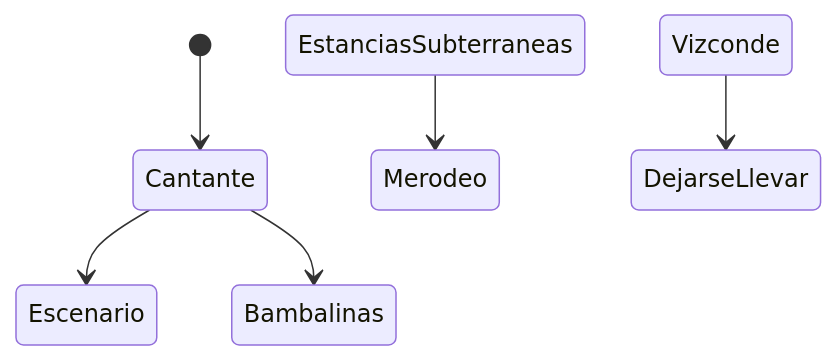
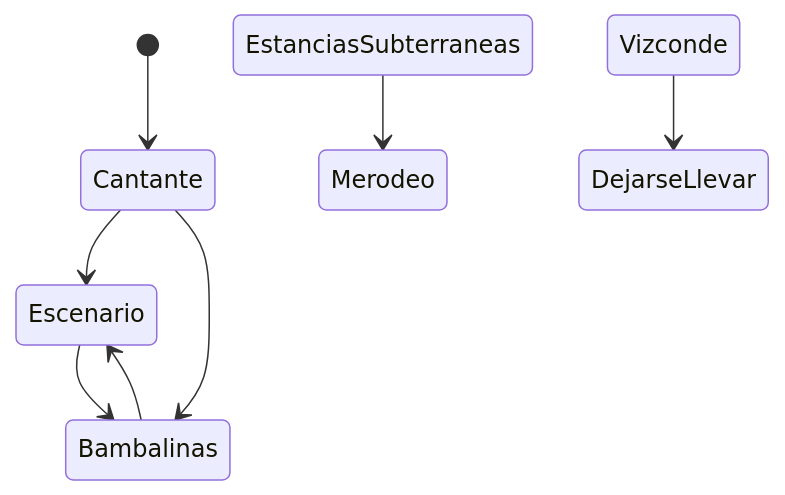
Before and after one commit to IAV23-G04/IAV23-G04-P3: the second of 3 diagrams in README.md, drawn with Mermaid. The commit also changed other lines of this file, not shown here.

````diff
--- a/README.md
+++ b/README.md
@@ -209,9 +211,11 @@
 ```mermaid
 stateDiagram
     [*] --> Cantante
     Cantante --> Escenario
+    Escenario --> Bambalinas
+    Bambalinas --> Escenario
     Cantante --> Bambalinas
     
     EstanciasSubterraneas --> Merodeo
     Vizconde --> DejarseLlevar
 ```
````
